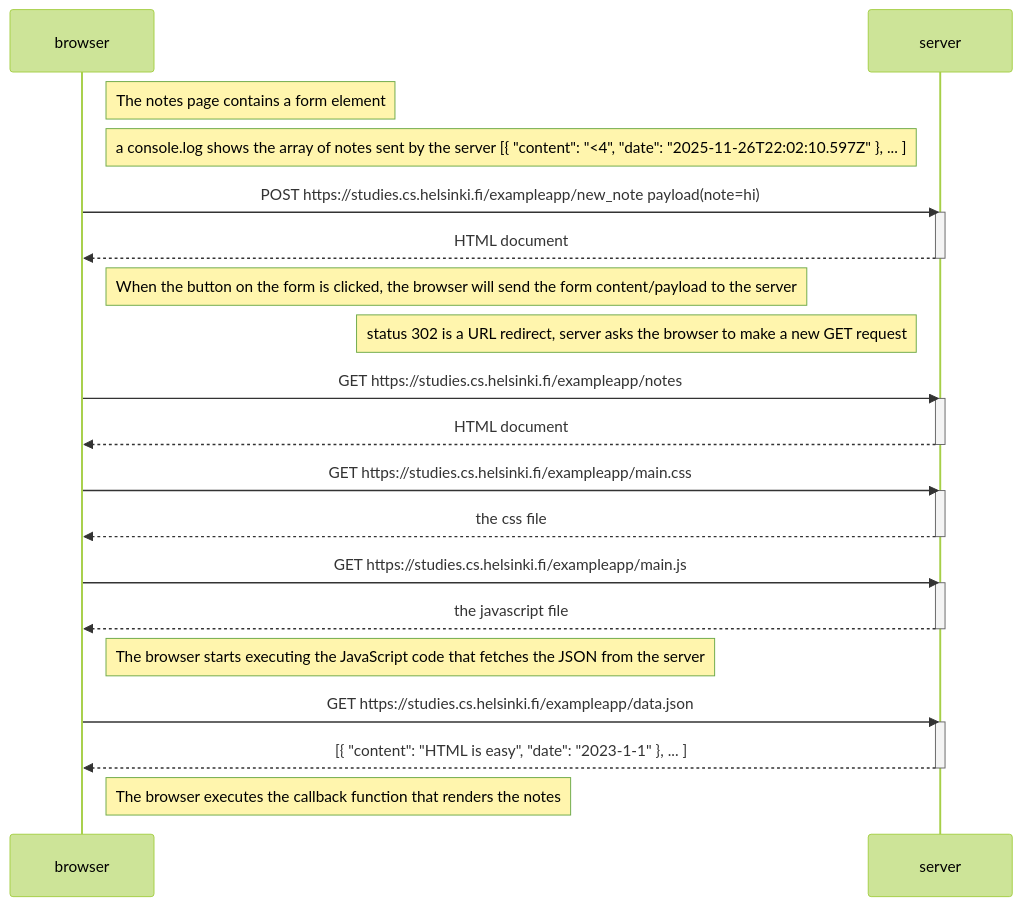
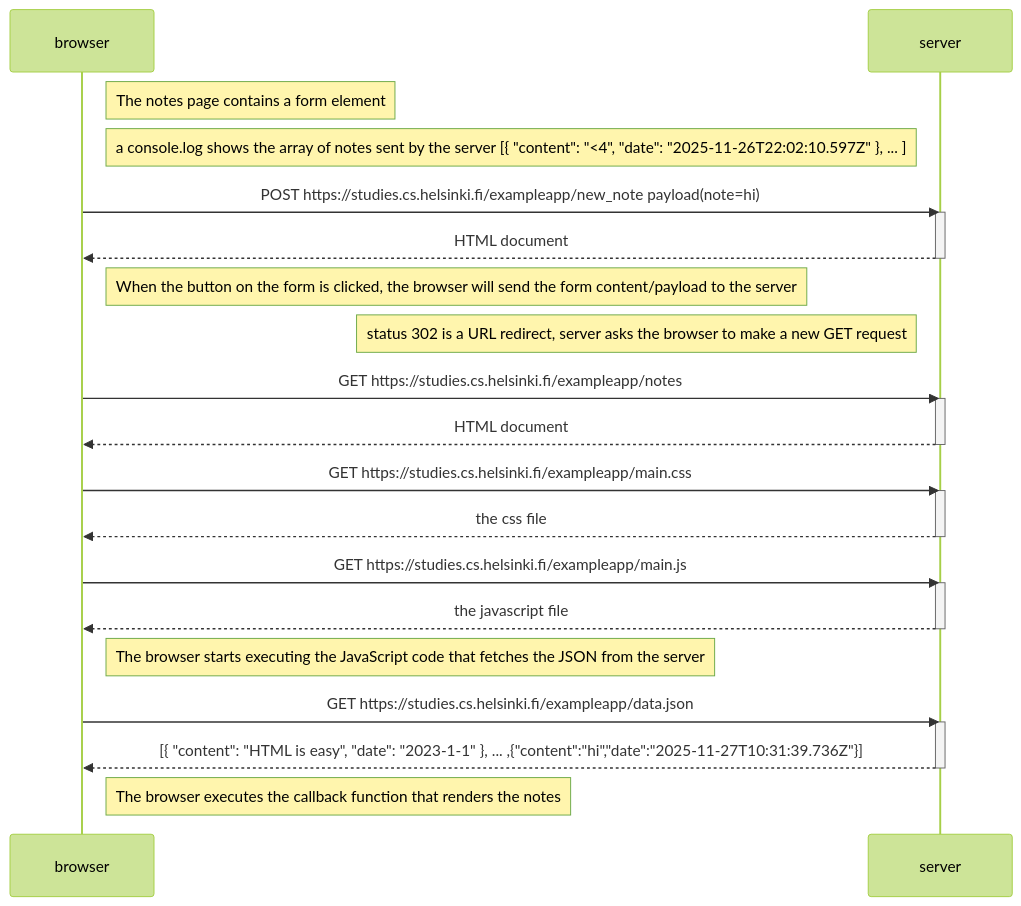
Before and after one commit to jhbfuhjeissbuis/full-stack-open: the diagram in part0/new-note-diagram.md, drawn with Mermaid (forest theme).

````diff
--- a/part0/new-note-diagram.md
+++ b/part0/new-note-diagram.md
@@ -1,40 +1,40 @@
 ```mermaid
 sequenceDiagram
     participant browser
     participant server
 
     Note right of browser: The notes page contains a form element
     Note left of server: a console.log shows the array of notes sent by the server [{  "content": "<4", "date": "2025-11-26T22:02:10.597Z" }, ... ]
 
     browser->>server: POST https://studies.cs.helsinki.fi/exampleapp/new_note payload(note=hi)
     activate server
     server-->>browser: HTML document
     deactivate server
 
     Note right of browser: When the button on the form is clicked, the browser will send the form content/payload to the server
     Note left of server: status 302 is a URL redirect, server asks the browser to make a new GET request
 
     browser->>server: GET https://studies.cs.helsinki.fi/exampleapp/notes
     activate server
     server-->>browser: HTML document
     deactivate server
 
     browser->>server: GET https://studies.cs.helsinki.fi/exampleapp/main.css
     activate server
     server-->>browser: the css file
     deactivate server
 
     browser->>server: GET https://studies.cs.helsinki.fi/exampleapp/main.js
     activate server
     server-->>browser: the javascript file
     deactivate server
 
     Note right of browser: The browser starts executing the JavaScript code that fetches the JSON from the server
 
     browser->>server: GET https://studies.cs.helsinki.fi/exampleapp/data.json
     activate server
-    server-->>browser: [{ "content": "HTML is easy", "date": "2023-1-1" }, ... ]
+    server-->>browser: [{ "content": "HTML is easy", "date": "2023-1-1" }, ... ,{"content":"hi","date":"2025-11-27T10:31:39.736Z"}]
     deactivate server
 
     Note right of browser: The browser executes the callback function that renders the notes
 ```
````
